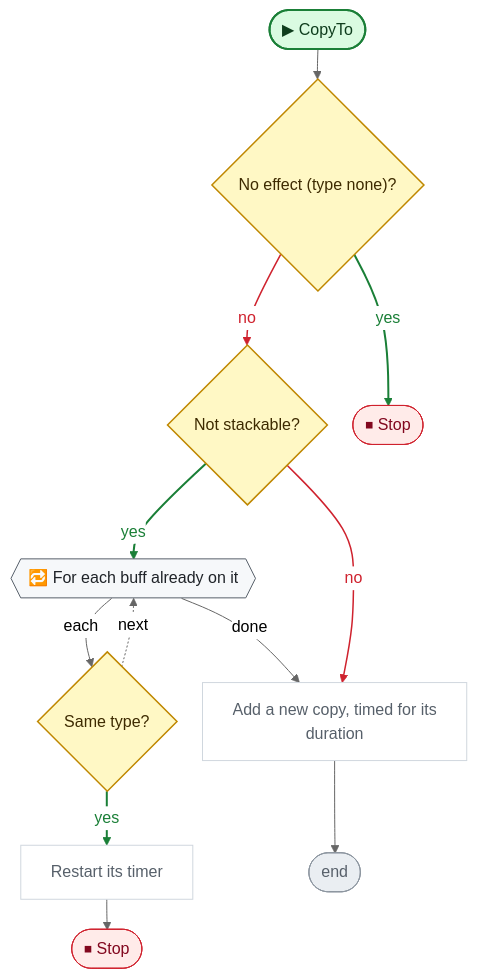
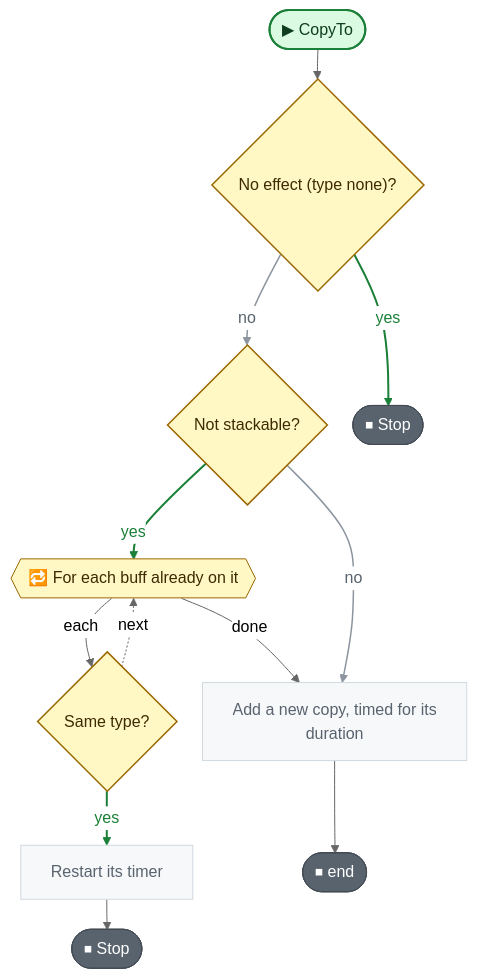
The third of 5 diagrams in CodeGraph~/graph/BuffEffect.cs.md (nataiai/Lord-of-the-Dungeon), drawn with Mermaid (neutral theme) before and after one commit. The commit also changed other lines of this file and 57 other files, not shown here.

````diff
--- a/CodeGraph~/graph/BuffEffect.cs.md
+++ b/CodeGraph~/graph/BuffEffect.cs.md
@@ -80,56 +82,56 @@
 ```mermaid
 ---
 config:
   flowchart:
     wrappingWidth: 260
     nodeSpacing: 26
     rankSpacing: 30
 ---
 flowchart TD
   nS(["▶ CopyTo"])
   n38dff8{"No effect (type none)?"}
   naab257{"Not stackable?"}
   n472399{{"🔁 For each buff already on it"}}
   nf08f44{"Same type?"}
   n62d11e["Restart its timer"]
   n85f581["Add a new copy, timed for its<br>duration"]
-  nE(["end"])
+  nE(["⏹ end"])
   nb2e4fc(["⏹ Stop"])
   n8ac8b5(["⏹ Stop"])
   nS --> n38dff8
   n38dff8 -->|no| naab257
   n38dff8 -->|yes| nb2e4fc
   naab257 -->|yes| n472399
   n472399 -->|each| nf08f44
   nf08f44 -->|yes| n62d11e
   n62d11e --> n8ac8b5
   nf08f44 -.->|next| n472399
   n472399 -->|done| n85f581
   naab257 -->|no| n85f581
   n85f581 --> nE
-  linkStyle 1 stroke:#cf222e,stroke-width:1.5px,color:#cf222e
+  linkStyle 1 stroke:#8c959f,stroke-width:1.5px,color:#59636e
   linkStyle 2 stroke:#1a7f37,stroke-width:2px,color:#1a7f37
   linkStyle 3 stroke:#1a7f37,stroke-width:2px,color:#1a7f37
   linkStyle 5 stroke:#1a7f37,stroke-width:2px,color:#1a7f37
-  linkStyle 9 stroke:#cf222e,stroke-width:1.5px,color:#cf222e
+  linkStyle 9 stroke:#8c959f,stroke-width:1.5px,color:#59636e
   classDef unity fill:#dafbe1,stroke:#1a7f37,stroke-width:2px,color:#0f3d1d
   classDef start fill:#dafbe1,stroke:#1a7f37,stroke-width:2px,color:#0f3d1d
-  classDef calc fill:#ffffff,stroke:#d0d7de,color:#57606a
+  classDef calc fill:#f6f8fa,stroke:#d1d9e0,color:#59636e
   classDef calls fill:#ddf4ff,stroke:#0969da,stroke-width:2px,color:#0a3069
-  classDef ext fill:#ddf4ff,stroke:#0969da,stroke-width:2px,stroke-dasharray:5 3,color:#0a3069
-  classDef cond fill:#fff8c5,stroke:#bf8700,stroke-width:1.5px,color:#3d2a00
-  classDef loop fill:#f6f8fa,stroke:#57606a,color:#1f2328
-  classDef exit fill:#ffebe9,stroke:#cf222e,color:#82071e
+  classDef ext fill:#f6f8fa,stroke:#59636e,stroke-width:1.5px,stroke-dasharray:5 5,color:#1f2328
+  classDef cond fill:#fff8c5,stroke:#9a6700,stroke-width:1.5px,color:#3d2a00
+  classDef loop fill:#fff8c5,stroke:#9a6700,color:#3d2a00
+  classDef wait fill:#fff8c5,stroke:#9a6700,color:#3d2a00
+  classDef exit fill:#59636e,stroke:#424a53,color:#ffffff
+  classDef fin fill:#59636e,stroke:#424a53,color:#ffffff
+  classDef act fill:#ffffff,stroke:#59636e,stroke-width:1.5px,color:#1f2328
   classDef kill fill:#ffebe9,stroke:#cf222e,stroke-width:2px,color:#82071e
-  classDef spawn fill:#dafbe1,stroke:#1a7f37,stroke-width:2px,color:#0f3d1d
-  classDef wait fill:#fff1e5,stroke:#bc4c00,color:#4d1d00
-  classDef fin fill:#eaeef2,stroke:#8c959f,color:#57606a
   classDef join fill:#d0d7de,stroke:#8c959f,color:#57606a
   classDef ghdr fill:#f5f9ff,stroke:#f5f9ff,color:#0a3069,font-weight:bold
   class n62d11e,n85f581 calc
   class n38dff8,naab257,nf08f44 cond
   class nb2e4fc,n8ac8b5 exit
   class nE fin
   class n472399 loop
   class nS start
 ```
````
